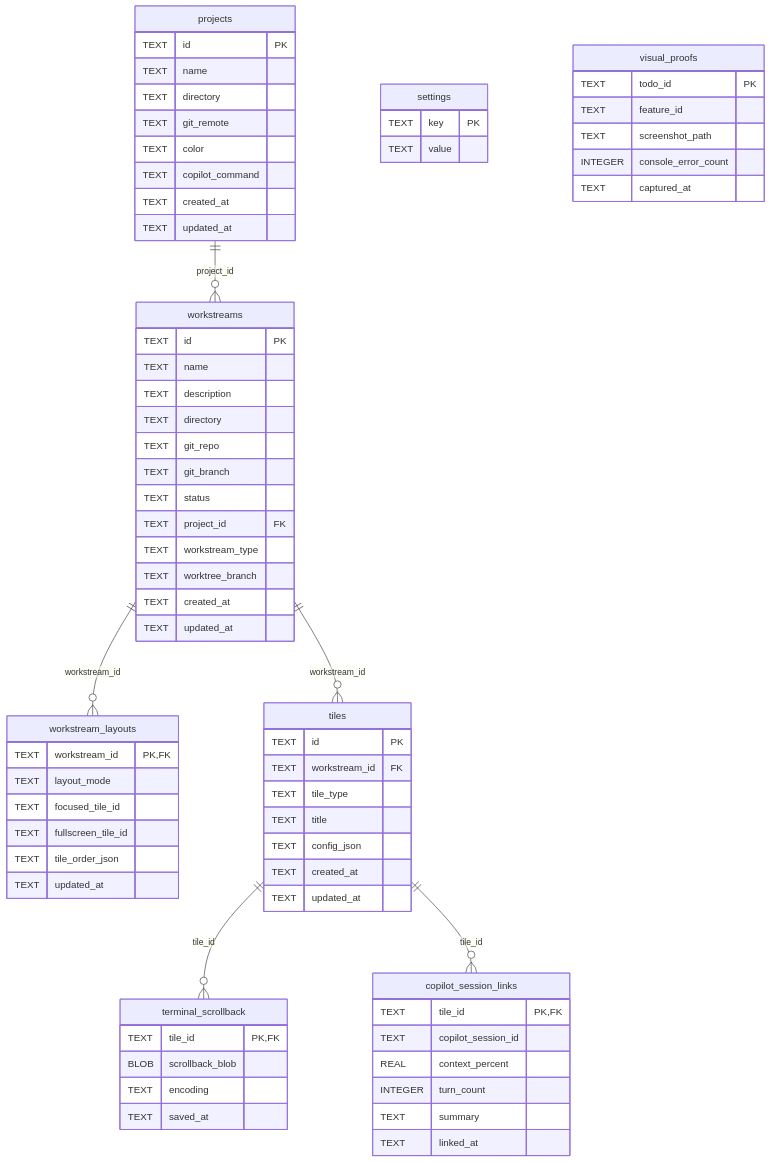
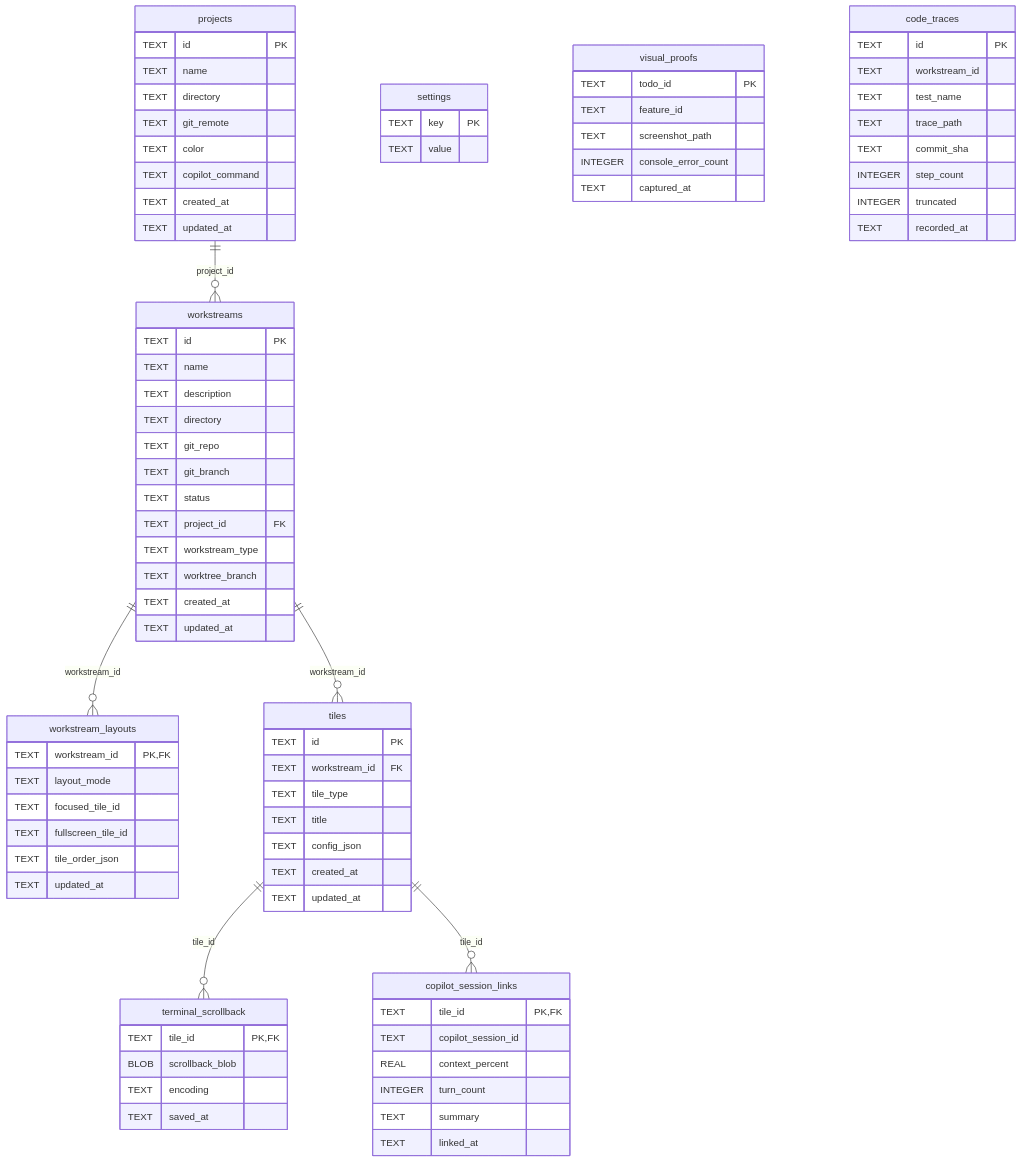
Before and after one commit to alejandroechev/workstreams: the diagram in docs/db-model.md, drawn with Mermaid. The commit also changed other lines of this file and 8 other files, not shown here.

````diff
--- a/docs/db-model.md
+++ b/docs/db-model.md
@@ -88,4 +88,14 @@
     INTEGER console_error_count
     TEXT captured_at
   }
+  code_traces {
+    TEXT id PK
+    TEXT workstream_id
+    TEXT test_name
+    TEXT trace_path
+    TEXT commit_sha
+    INTEGER step_count
+    INTEGER truncated
+    TEXT recorded_at
+  }
 ```
````
